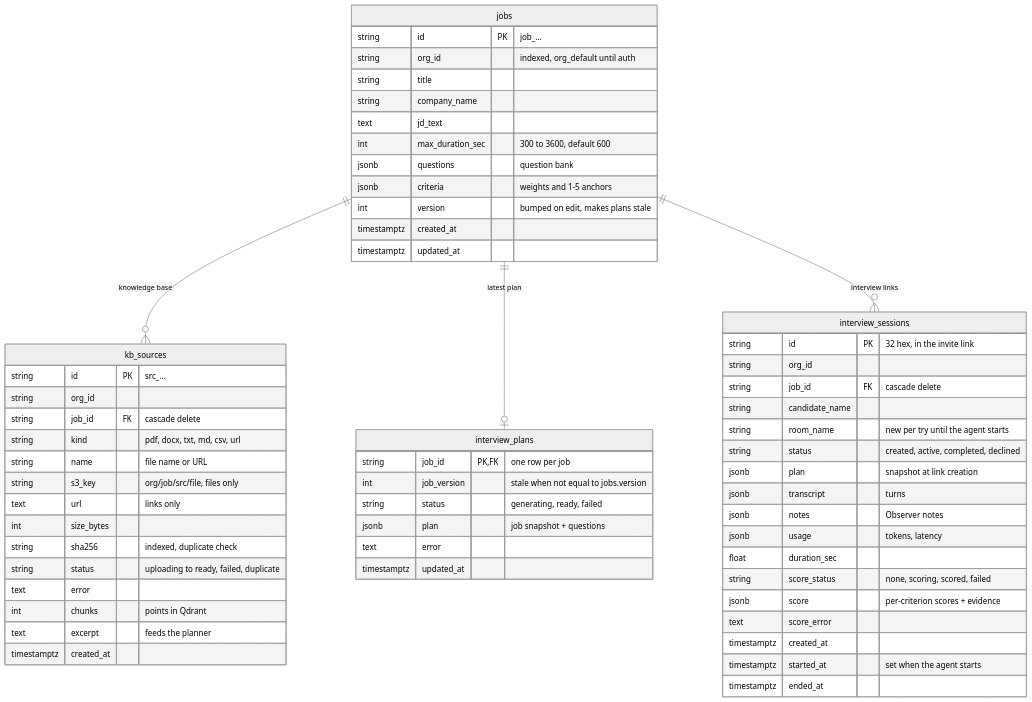
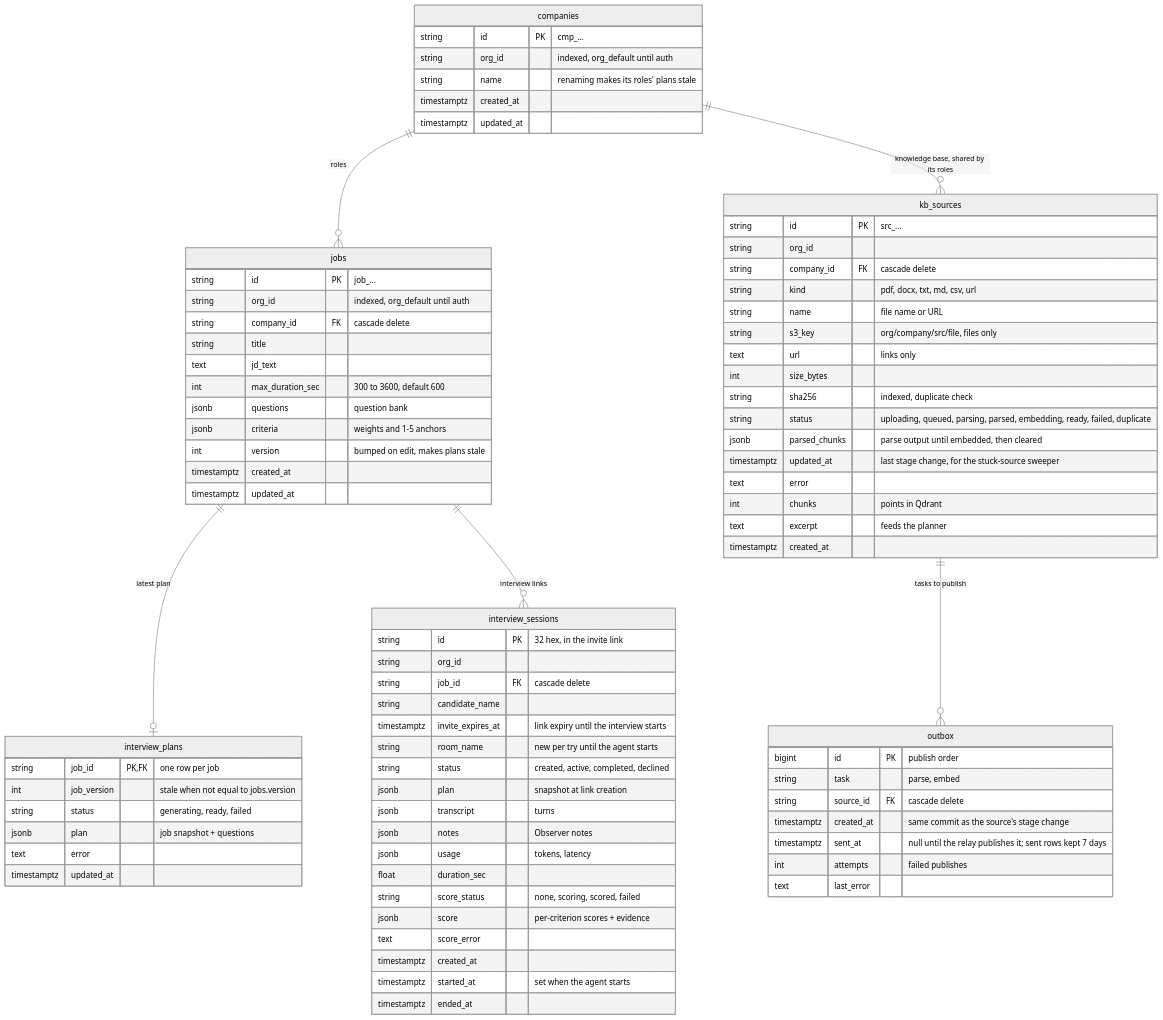
The diagram in docs/database.mmd (Debraj-Kundu/GURU-AI-INTERVIEWER), drawn with Mermaid (neutral theme) before and after one commit. The commit also changed 47 other files, not shown here.

Commit message:
adds celery, redis, outbox and relay

```diff
--- a/docs/database.mmd
+++ b/docs/database.mmd
@@ -1,65 +1,88 @@
-%% Postgres schema (backend/app/db.py, migration backend/migrations/versions/0001_initial.py)
+%% Postgres schema (backend/app/db.py, migrations backend/migrations/versions/)
 erDiagram
-  jobs ||--o{ kb_sources : "knowledge base"
+  companies ||--o{ jobs : "roles"
+  companies ||--o{ kb_sources : "knowledge base, shared by its roles"
+  kb_sources ||--o{ outbox : "tasks to publish"
   jobs ||--o| interview_plans : "latest plan"
   jobs ||--o{ interview_sessions : "interview links"
+
+  companies {
+    string id PK "cmp_..."
+    string org_id "indexed, org_default until auth"
+    string name "renaming makes its roles' plans stale"
+    timestamptz created_at
+    timestamptz updated_at
+  }
 
   jobs {
     string id PK "job_..."
     string org_id "indexed, org_default until auth"
+    string company_id FK "cascade delete"
     string title
-    string company_name
     text jd_text
     int max_duration_sec "300 to 3600, default 600"
     jsonb questions "question bank"
     jsonb criteria "weights and 1-5 anchors"
     int version "bumped on edit, makes plans stale"
     timestamptz created_at
     timestamptz updated_at
   }
 
   kb_sources {
     string id PK "src_..."
     string org_id
-    string job_id FK "cascade delete"
+    string company_id FK "cascade delete"
     string kind "pdf, docx, txt, md, csv, url"
     string name "file name or URL"
-    string s3_key "org/job/src/file, files only"
+    string s3_key "org/company/src/file, files only"
     text url "links only"
     int size_bytes
     string sha256 "indexed, duplicate check"
-    string status "uploading to ready, failed, duplicate"
+    string status "uploading, queued, parsing, parsed, embedding, ready, failed, duplicate"
+    jsonb parsed_chunks "parse output until embedded, then cleared"
+    timestamptz updated_at "last stage change, for the stuck-source sweeper"
     text error
     int chunks "points in Qdrant"
     text excerpt "feeds the planner"
     timestamptz created_at
+  }
+
+  outbox {
+    bigint id PK "publish order"
+    string task "parse, embed"
+    string source_id FK "cascade delete"
+    timestamptz created_at "same commit as the source's stage change"
+    timestamptz sent_at "null until the relay publishes it; sent rows kept 7 days"
+    int attempts "failed publishes"
+    text last_error
   }
 
   interview_plans {
     string job_id PK, FK "one row per job"
     int job_version "stale when not equal to jobs.version"
     string status "generating, ready, failed"
     jsonb plan "job snapshot + questions"
     text error
     timestamptz updated_at
   }
 
   interview_sessions {
     string id PK "32 hex, in the invite link"
     string org_id
     string job_id FK "cascade delete"
     string candidate_name
+    timestamptz invite_expires_at "link expiry until the interview starts"
     string room_name "new per try until the agent starts"
     string status "created, active, completed, declined"
     jsonb plan "snapshot at link creation"
     jsonb transcript "turns"
     jsonb notes "Observer notes"
     jsonb usage "tokens, latency"
     float duration_sec
     string score_status "none, scoring, scored, failed"
     jsonb score "per-criterion scores + evidence"
     text score_error
     timestamptz created_at
     timestamptz started_at "set when the agent starts"
     timestamptz ended_at
   }
```
